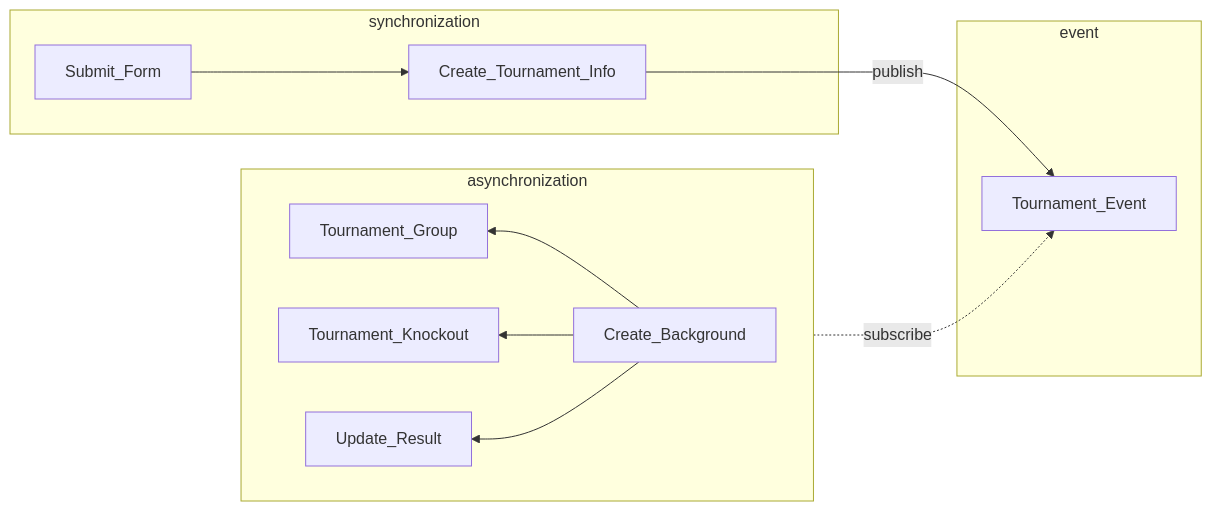
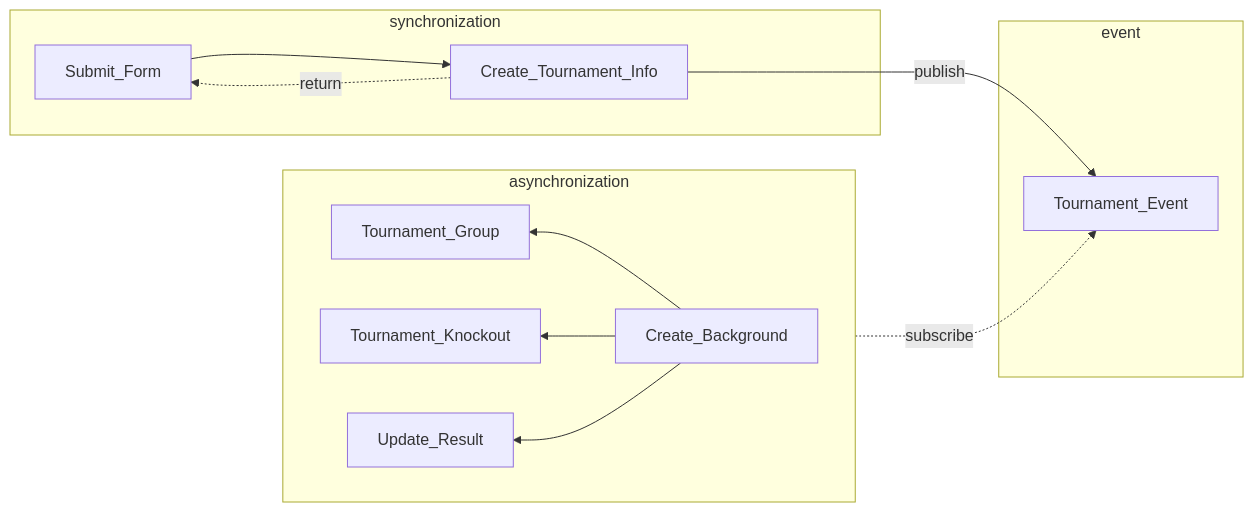
One commit to tonglam/fpl-public changed the seventh of 8 diagrams in README.md. Above: the diagram before and after it, drawn with Mermaid.

````diff
--- a/README.md
+++ b/README.md
@@ -547,17 +547,18 @@
 ```mermaid
 graph LR
     subgraph A[synchronization]
     Submit_Form --> Create_Tournament_Info
     end
     subgraph B[event]
     Tournament_Event
     end
     subgraph C[asynchronization]
     direction RL
+    Create_Tournament_Info -. return .-> Submit_Form
     Create_Tournament_Info -- publish --> Tournament_Event
     Create_Background -. subscribe .-> Tournament_Event
     Create_Background --> Tournament_Group
     Create_Background --> Tournament_Knockout
     Create_Background --> Update_Result
     end
 ```
````
